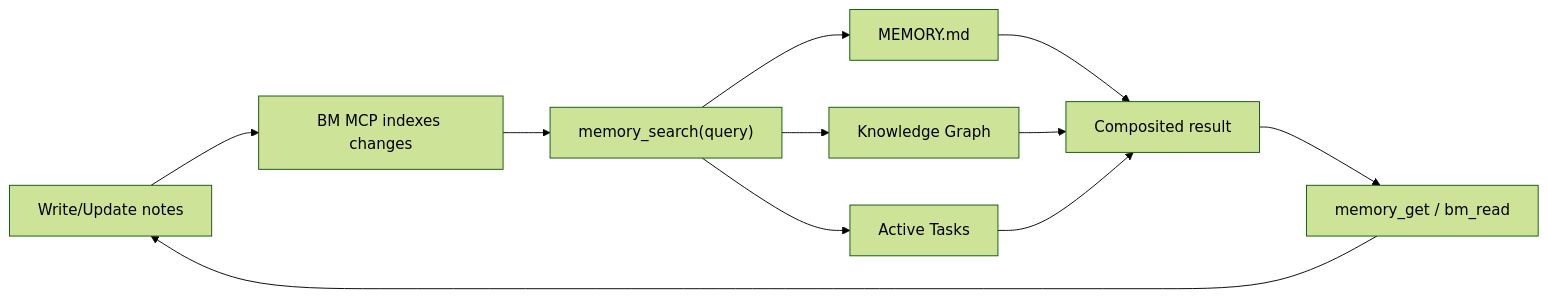
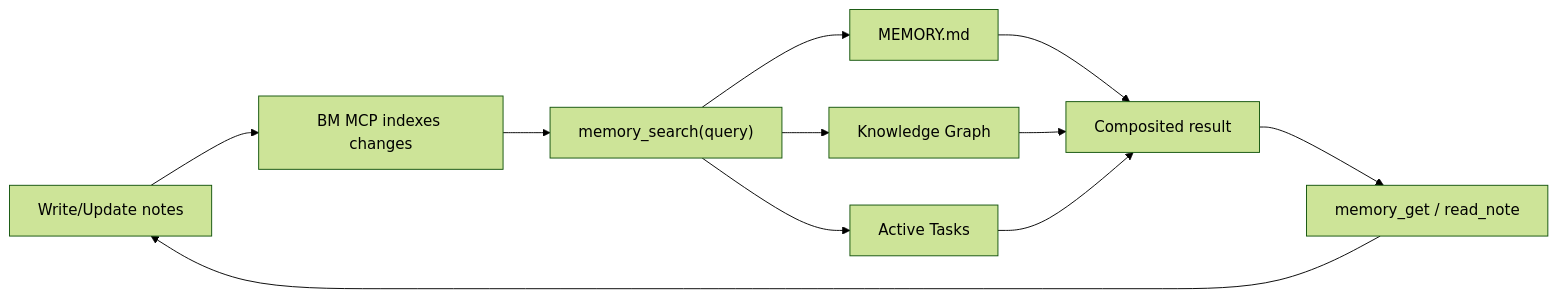
One commit to basicmachines-co/openclaw-basic-memory changed the diagram in README.md. Above: the diagram before and after it, drawn with Mermaid (forest theme). The commit also changed other lines of this file and 39 other files, not shown here.

````diff
--- a/README.md
+++ b/README.md
@@ -224,13 +226,13 @@
 ```mermaid
 flowchart LR
     A["Write/Update notes"] --> B["BM MCP indexes changes"]
     B --> C["memory_search(query)"]
     C --> D["MEMORY.md"]
     C --> E["Knowledge Graph"]
     C --> F["Active Tasks"]
     D --> G["Composited result"]
     E --> G
     F --> G
-    G --> H["memory_get / bm_read"]
+    G --> H["memory_get / read_note"]
     H --> A
 ```
````
